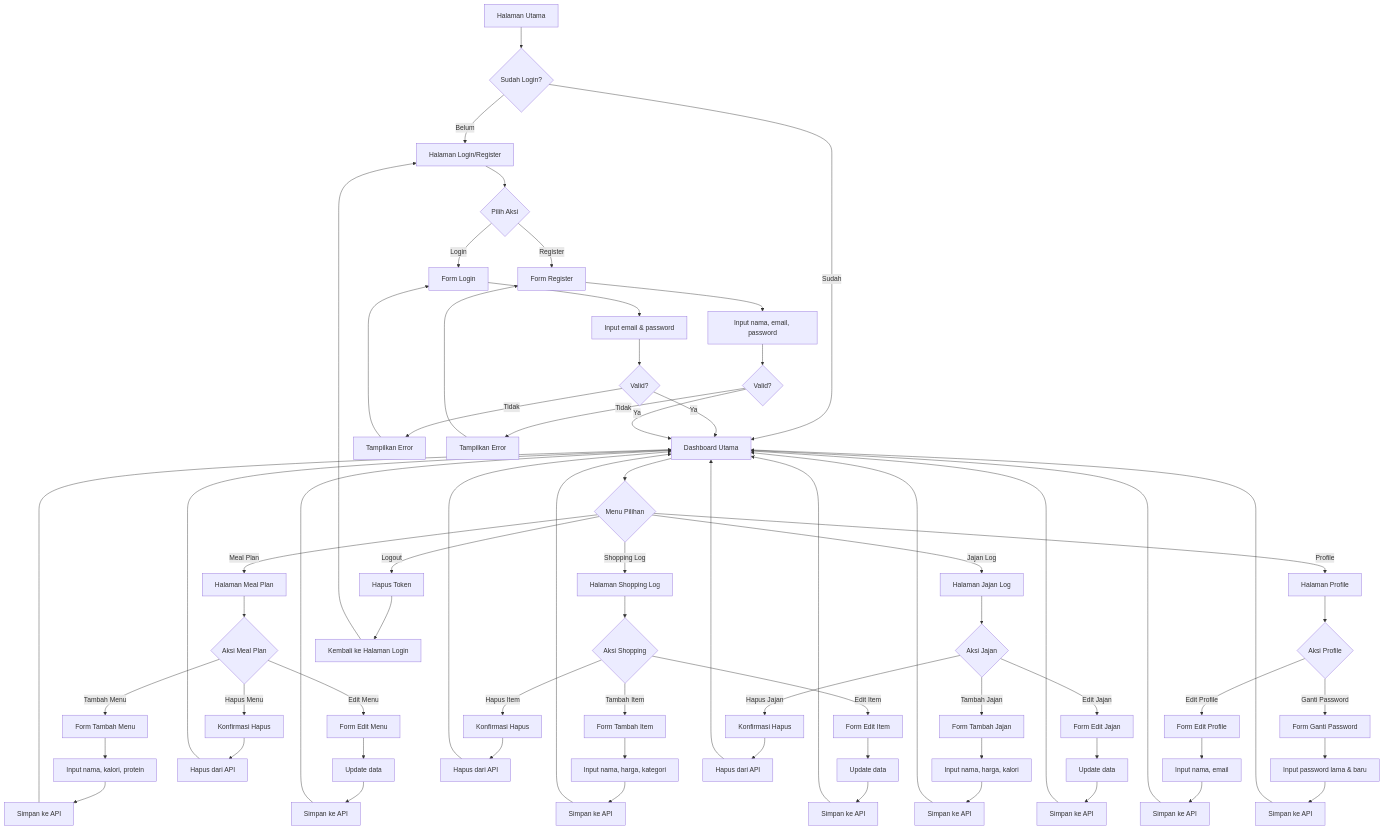
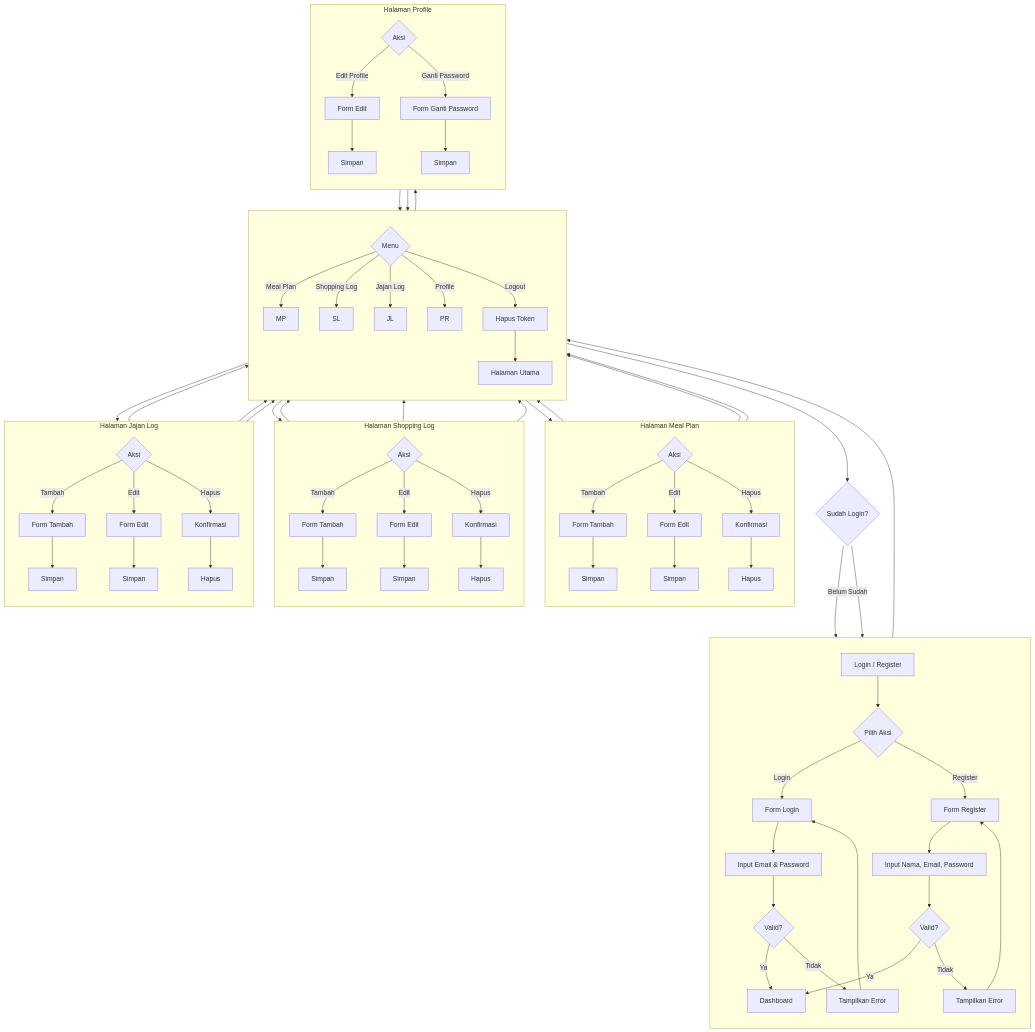
The first of 2 diagrams in README.md (alfathya/LSP-Project), drawn with Mermaid before and after one commit.

````diff
--- a/README.md
+++ b/README.md
@@ -2,90 +2,71 @@
 ```mermaid
 flowchart TD
-    A[Halaman Utama] --> B{Sudah Login?}
-    
-    B -->|Belum| C[Halaman Login/Register]
-    B -->|Sudah| D[Dashboard Utama]
-    
-    %% === Alur Login/Register ===
-    C --> C1{Pilih Aksi}
-    C1 -->|Login| C2[Form Login] 
-    C2 --> C3[Input email & password] 
-    C3 --> C4{Valid?}
-    C1 -->|Register| C5[Form Register] 
-    C5 --> C6[Input nama, email, password] 
-    C6 --> C7{Valid?}
-    
-    C4 -->|Ya| D
-    C4 -->|Tidak| C8[Tampilkan Error] 
-    C8 --> C2
-    C7 -->|Ya| D
-    C7 -->|Tidak| C9[Tampilkan Error] 
-    C9 --> C5
-    
-    %% === Dashboard Utama ===
-    D --> E{Menu Pilihan}
-    
-    %% === Meal Plan ===
-    E -->|Meal Plan| F[Halaman Meal Plan]
-    F --> F1{Aksi Meal Plan}
-    F1 -->|Tambah Menu| F2[Form Tambah Menu] 
-    F2 --> F3[Input nama, kalori, protein] 
-    F3 --> F4[Simpan ke API]
-    F1 -->|Edit Menu| F5[Form Edit Menu] 
-    F5 --> F6[Update data] 
-    F6 --> F7[Simpan ke API]
-    F1 -->|Hapus Menu| F8[Konfirmasi Hapus] 
-    F8 --> F9[Hapus dari API]
-    
-    %% === Shopping Log ===
-    E -->|Shopping Log| G[Halaman Shopping Log]
-    G --> G1{Aksi Shopping}
-    G1 -->|Tambah Item| G2[Form Tambah Item] 
-    G2 --> G3[Input nama, harga, kategori] 
-    G3 --> G4[Simpan ke API]
-    G1 -->|Edit Item| G5[Form Edit Item] 
-    G5 --> G6[Update data] 
-    G6 --> G7[Simpan ke API]
-    G1 -->|Hapus Item| G8[Konfirmasi Hapus] 
-    G8 --> G9[Hapus dari API]
-    
-    %% === Jajan Log ===
-    E -->|Jajan Log| H[Halaman Jajan Log]
-    H --> H1{Aksi Jajan}
-    H1 -->|Tambah Jajan| H2[Form Tambah Jajan] 
-    H2 --> H3[Input nama, harga, kalori] 
-    H3 --> H4[Simpan ke API]
-    H1 -->|Edit Jajan| H5[Form Edit Jajan] 
-    H5 --> H6[Update data] 
-    H6 --> H7[Simpan ke API]
-    H1 -->|Hapus Jajan| H8[Konfirmasi Hapus] 
-    H8 --> H9[Hapus dari API]
-    
-    %% === Profile ===
-    E -->|Profile| I[Halaman Profile]
-    I --> I1{Aksi Profile}
-    I1 -->|Edit Profile| I2[Form Edit Profile] 
-    I2 --> I3[Input nama, email] 
-    I3 --> I4[Simpan ke API]
-    I1 -->|Ganti Password| I5[Form Ganti Password] 
-    I5 --> I6[Input password lama & baru] 
-    I6 --> I7[Simpan ke API]
-    
-    %% === Logout ===
-    E -->|Logout| J[Hapus Token] 
-    J --> K[Kembali ke Halaman Login]
-    
-    %% === Kembali ke Dashboard ===
-    F4 --> D
-    F7 --> D
-    F9 --> D
-    G4 --> D
-    G7 --> D
-    G9 --> D
-    H4 --> D
-    H7 --> D
-    H9 --> D
-    I4 --> D
-    I7 --> D
-    K --> C
+    %% ========= Halaman Utama =========
+    A[Halaman&nbsp;Utama] --> B{Sudah&nbsp;Login?}
+    B -->|Belum| C[Login&nbsp;/&nbsp;Register]
+    B -->|Sudah| D[Dashboard]
+
+    %% ========= Login / Register =========
+    subgraph LOGIN_REGISTER [ ]
+        direction TB
+        C --> C1{Pilih&nbsp;Aksi}
+        C1 -->|Login| L1[Form&nbsp;Login]
+        L1 --> L2[Input&nbsp;Email&nbsp;&amp;&nbsp;Password]
+        L2 --> L3{Valid?}
+        L3 -->|Ya| D
+        L3 -->|Tidak| L4[Tampilkan&nbsp;Error] --> L1
+
+        C1 -->|Register| R1[Form&nbsp;Register]
+        R1 --> R2[Input&nbsp;Nama,&nbsp;Email,&nbsp;Password]
+        R2 --> R3{Valid?}
+        R3 -->|Ya| D
+        R3 -->|Tidak| R4[Tampilkan&nbsp;Error] --> R1
+    end
+
+    %% ========= Dashboard =========
+    subgraph DASHBOARD [ ]
+        direction TB
+        D --> E{Menu}
+        E -->|Meal&nbsp;Plan| MP
+        E -->|Shopping&nbsp;Log| SL
+        E -->|Jajan&nbsp;Log| JL
+        E -->|Profile| PR
+        E -->|Logout| LO[Hapus&nbsp;Token] --> A
+    end
+
+    %% ========= Meal Plan =========
+    subgraph MEAL_PLAN [Halaman Meal Plan]
+        direction TB
+        MP --> MP1{Aksi}
+        MP1 -->|Tambah| MPT[Form&nbsp;Tambah] --> MPTS[Simpan] --> MP
+        MP1 -->|Edit| MPE[Form&nbsp;Edit] --> MPES[Simpan] --> MP
+        MP1 -->|Hapus| MPH[Konfirmasi] --> MPHS[Hapus] --> MP
+    end
+
+    %% ========= Shopping Log =========
+    subgraph SHOPPING_LOG [Halaman Shopping Log]
+        direction TB
+        SL --> SL1{Aksi}
+        SL1 -->|Tambah| SLT[Form&nbsp;Tambah] --> SLTS[Simpan] --> SL
+        SL1 -->|Edit| SLE[Form&nbsp;Edit] --> SLES[Simpan] --> SL
+        SL1 -->|Hapus| SLH[Konfirmasi] --> SLHS[Hapus] --> SL
+    end
+
+    %% ========= Jajan Log =========
+    subgraph JAJAN_LOG [Halaman Jajan Log]
+        direction TB
+        JL --> JL1{Aksi}
+        JL1 -->|Tambah| JLT[Form&nbsp;Tambah] --> JLTS[Simpan] --> JL
+        JL1 -->|Edit| JLE[Form&nbsp;Edit] --> JLES[Simpan] --> JL
+        JL1 -->|Hapus| JLH[Konfirmasi] --> JLHS[Hapus] --> JL
+    end
+
+    %% ========= Profile =========
+    subgraph PROFILE [Halaman Profile]
+        direction TB
+        PR --> PR1{Aksi}
+        PR1 -->|Edit&nbsp;Profile| PRE[Form&nbsp;Edit] --> PRES[Simpan] --> PR
+        PR1 -->|Ganti&nbsp;Password| PRP[Form&nbsp;Ganti&nbsp;Password] --> PRPS[Simpan] --> PR
+    end
+
 ```
````
